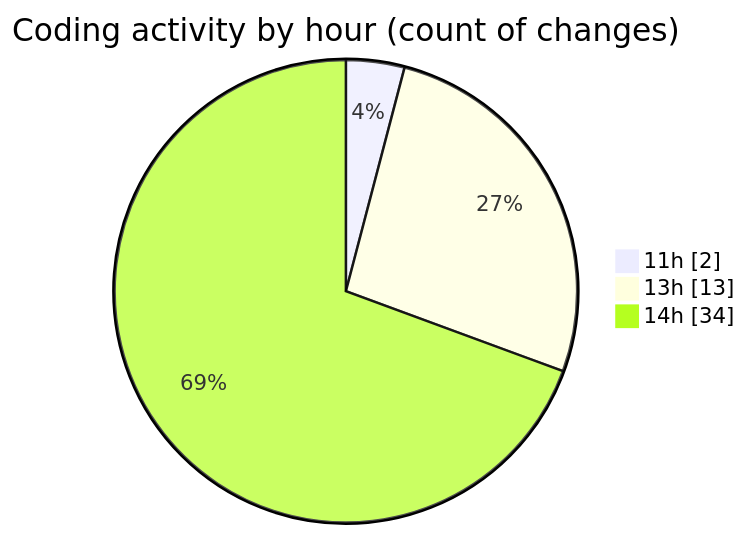
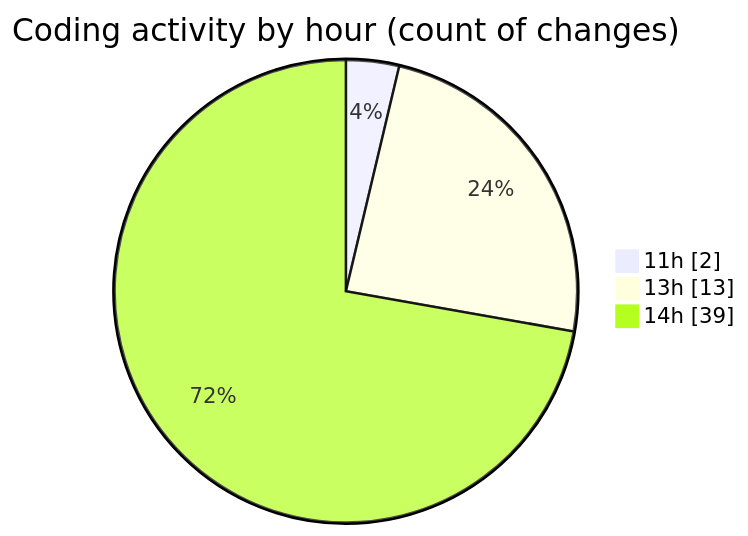
Before and after one commit to nxtqubesakshisongat/code-tracking: the second of 2 diagrams in 2026-03-22/nxtqube_webapp/README.md, drawn with Mermaid. The commit also changed other lines of this file and 1 other file, not shown here.

````diff
--- a/2026-03-22/nxtqube_webapp/README.md
+++ b/2026-03-22/nxtqube_webapp/README.md
@@ -30,7 +30,7 @@
 ```mermaid
 pie showData
 title Coding activity by hour (count of changes)
 "11h" : 2
 "13h" : 13
-"14h" : 34
+"14h" : 39
 ```
````
